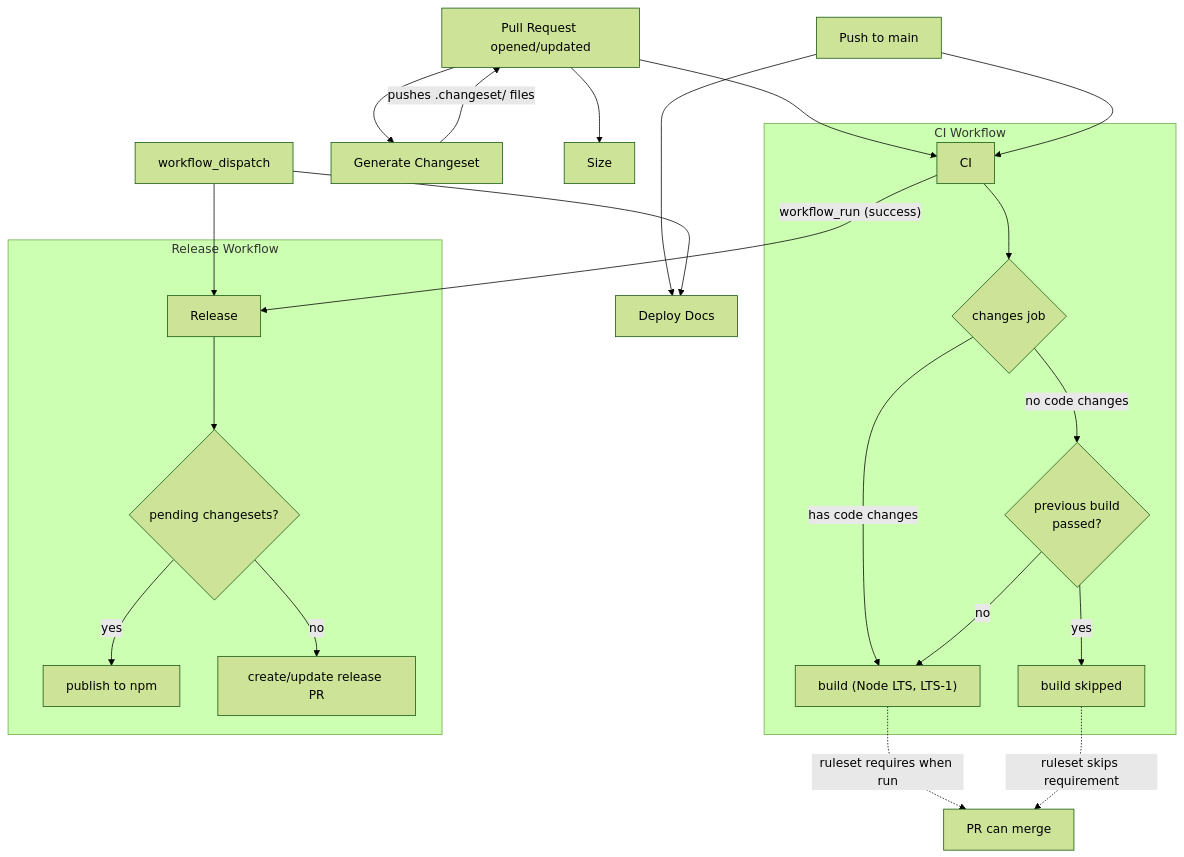
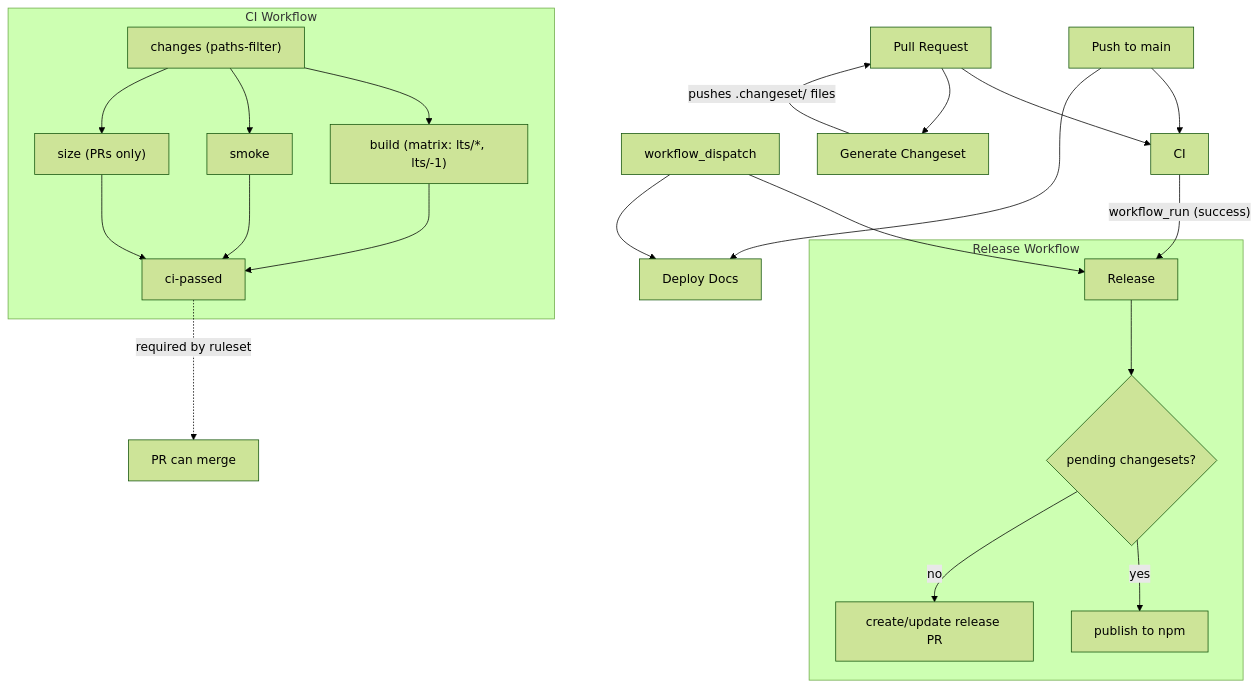
Before and after one commit to thejustinwalsh/three-flatland: the first of 2 diagrams in .github/workflows/README.md, drawn with Mermaid (forest theme). The commit also changed other lines of this file, not shown here.

First line of the commit message:
ci: rewrite workflows README for new architecture

````diff
--- a/.github/workflows/README.md
+++ b/.github/workflows/README.md
@@ -5,32 +5,31 @@
 ```mermaid
 graph TD
-    PR["Pull Request opened/updated"] --> CI["CI"]
+    PR["Pull Request"] --> CI["CI"]
     PR --> Changeset["Generate Changeset"]
-    PR --> Size["Size"]
-
     Changeset -->|"pushes .changeset/ files"| PR
 
     Push["Push to main"] --> CI
     Push --> Docs["Deploy Docs"]
 
     CI -->|"workflow_run (success)"| Release["Release"]
     Manual["workflow_dispatch"] --> Release
     Manual --> Docs
 
     subgraph "CI Workflow"
-        CI --> Changes{"changes job"}
-        Changes -->|"has code changes"| Build["build (Node LTS, LTS-1)"]
-        Changes -->|"no code changes"| PrevCheck{"previous build\npassed?"}
-        PrevCheck -->|yes| Skip["build skipped"]
-        PrevCheck -->|no| Build
+        Changes["changes (paths-filter)"]
+        Changes --> Build["build (matrix: lts/*, lts/-1)"]
+        Changes --> Smoke["smoke"]
+        Changes --> Size["size (PRs only)"]
+        Build --> Gate["ci-passed"]
+        Smoke --> Gate
+        Size --> Gate
     end
+
+    Gate -.->|"required by ruleset"| Merge["PR can merge"]
 
     subgraph "Release Workflow"
         Release --> Changesets{"pending changesets?"}
         Changesets -->|yes| Publish["publish to npm"]
         Changesets -->|no| ReleasePR["create/update release PR"]
     end
-
-    Build -.->|"ruleset requires when run"| Merge["PR can merge"]
-    Skip -.->|"ruleset skips requirement"| Merge
 ```
````
